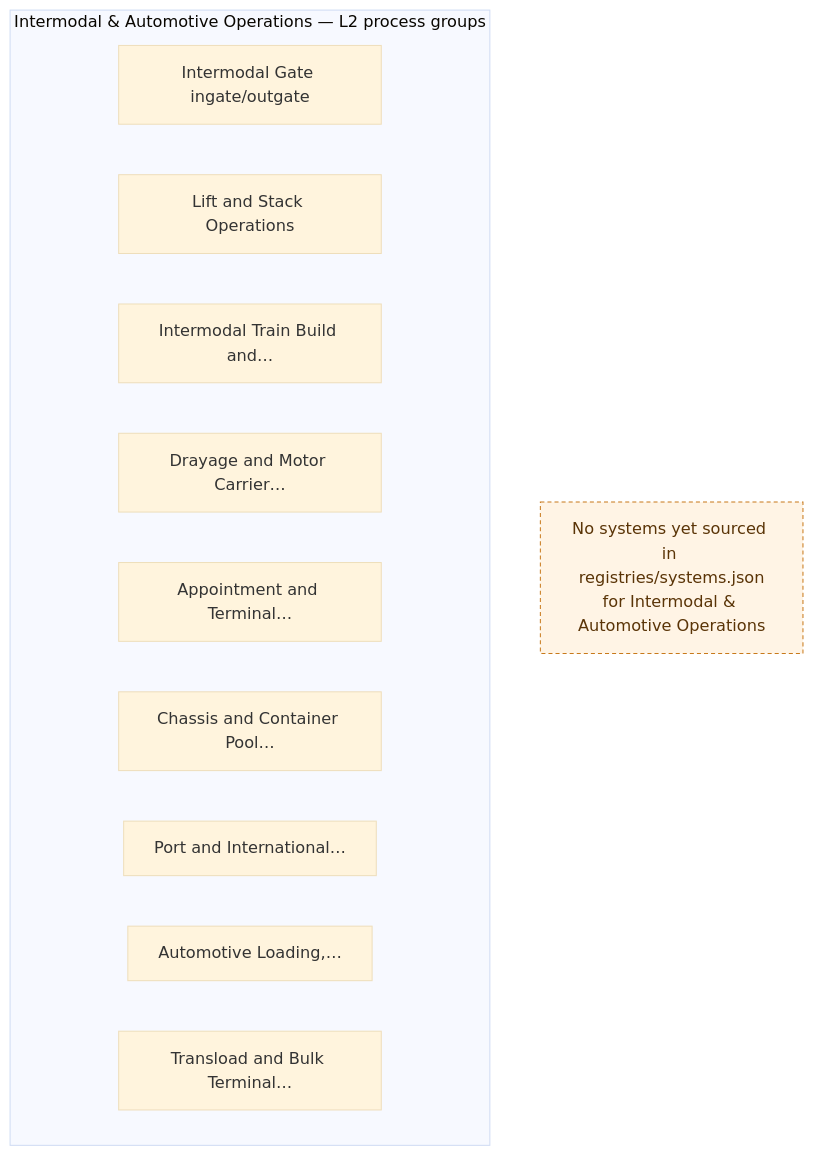
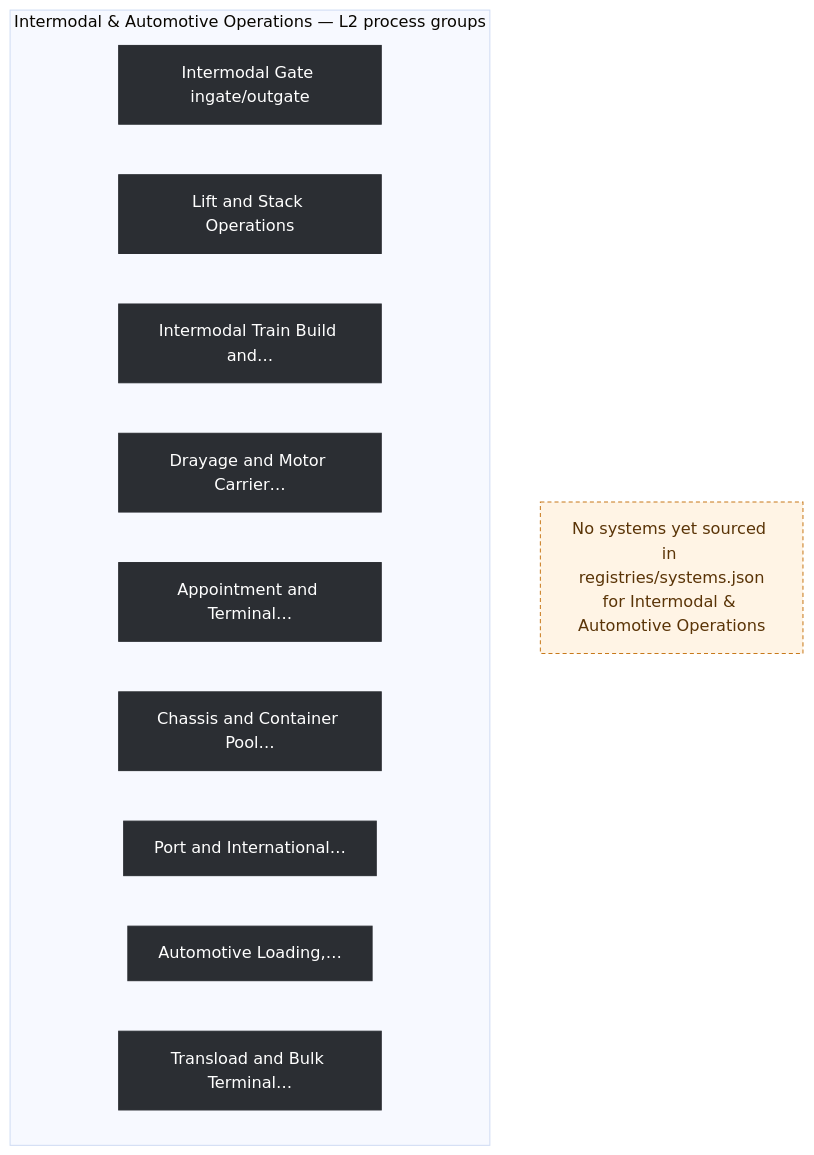
One commit to ghatk047/rail-wiki changed the diagram in ea-diagrams/rr-09-intermodal-automotive-operations.mmd. Above: the diagram before and after it, drawn with Mermaid. The commit also changed 474 other files, not shown here.

First line of the commit message:
Fix blurry lightbox zoom; add real usage connectors to EA diagrams

```diff
--- a/ea-diagrams/rr-09-intermodal-automotive-operations.mmd
+++ b/ea-diagrams/rr-09-intermodal-automotive-operations.mmd
@@ -1,22 +1,25 @@
 %%{init: {'flowchart': {'curve': 'basis'}, 'theme':'base'}}%%
 flowchart TB
 
   subgraph PROCS["Intermodal & Automotive Operations — L2 process groups"]
     direction LR
-    G1["Intermodal Gate ingate/outgate"]
-    G2["Lift and Stack Operations"]
-    G3["Intermodal Train Build and…"]
-    G4["Drayage and Motor Carrier…"]
-    G5["Appointment and Terminal…"]
-    G6["Chassis and Container Pool…"]
-    G7["Port and International…"]
-    G8["Automotive Loading,…"]
-    G9["Transload and Bulk Terminal…"]
+    G1["Intermodal Gate ingate/outgate"]:::l2
+    G2["Lift and Stack Operations"]:::l2
+    G3["Intermodal Train Build and…"]:::l2
+    G4["Drayage and Motor Carrier…"]:::l2
+    G5["Appointment and Terminal…"]:::l2
+    G6["Chassis and Container Pool…"]:::l2
+    G7["Port and International…"]:::l2
+    G8["Automotive Loading,…"]:::l2
+    G9["Transload and Bulk Terminal…"]:::l2
   end
 
   NONE["No systems yet sourced in registries/systems.json\nfor Intermodal & Automotive Operations"]:::empty
 
+  %% No generated process yet cites a system in this domain -- no usage edges to draw
+
+classDef l2 fill:#2b2e33,color:#fff,stroke:#2b2e33
 classDef company fill:#fdecd8,stroke:#c8791a,color:#5a3407
 classDef industry fill:#e6e9ec,stroke:#5c5f66,color:#2b2e33
 classDef other fill:#f2f2f0,stroke:#9a9da3,color:#3d4348
 classDef empty fill:#fff4e5,stroke:#c8791a,color:#5a3407,stroke-dasharray: 4 3
```
